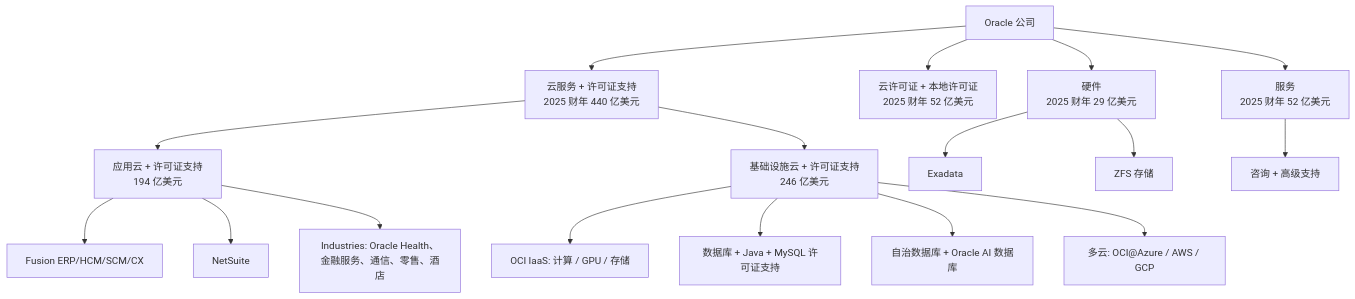
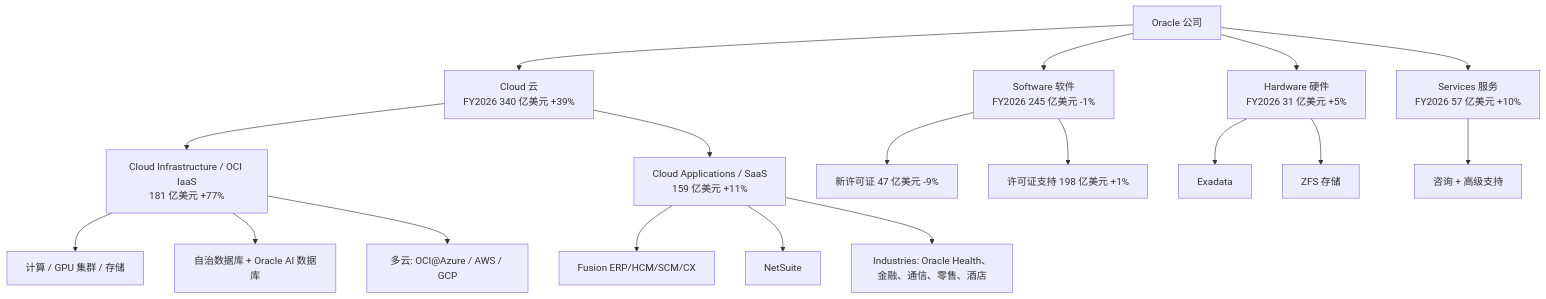
Before and after one commit to dadachundan/financial_agent: the second of 4 diagrams in reports/company/Oracle_NYSE_ORCL/Oracle_NYSE_ORCL_公司研究.md, drawn with Mermaid. The commit also changed other lines of this file, not shown here.

First line of the commit message:
feat(company-research): refresh Oracle (ORCL) — Q4 FY2026 actuals + decision layer

````diff
--- a/reports/company/Oracle_NYSE_ORCL/Oracle_NYSE_ORCL_公司研究.md
+++ b/reports/company/Oracle_NYSE_ORCL/Oracle_NYSE_ORCL_公司研究.md
@@ -157,20 +461,21 @@
 ```mermaid
 graph TD
     ORCL[Oracle 公司]
-    ORCL --> CLS[云服务 + 许可证支持<br/>2025 财年 440 亿美元]
-    ORCL --> CLO[云许可证 + 本地许可证<br/>2025 财年 52 亿美元]
-    ORCL --> HW[硬件<br/>2025 财年 29 亿美元]
-    ORCL --> SVC[服务<br/>2025 财年 52 亿美元]
-    CLS --> APP[应用云 + 许可证支持<br/>194 亿美元]
-    CLS --> INF[基础设施云 + 许可证支持<br/>246 亿美元]
-    APP --> FUS[Fusion ERP/HCM/SCM/CX]
-    APP --> NS[NetSuite]
-    APP --> IND[Industries: Oracle Health、金融服务、通信、零售、酒店]
-    INF --> OCI[OCI IaaS: 计算 / GPU / 存储]
-    INF --> LS[数据库 + Java + MySQL 许可证支持]
-    INF --> AUTO[自治数据库 + Oracle AI 数据库]
-    INF --> MC[多云: OCI@Azure / AWS / GCP]
+    ORCL --> CLOUD[Cloud 云<br/>FY2026 340 亿美元 +39%]
+    ORCL --> SW[Software 软件<br/>FY2026 245 亿美元 -1%]
+    ORCL --> HW[Hardware 硬件<br/>FY2026 31 亿美元 +5%]
+    ORCL --> SVC[Services 服务<br/>FY2026 57 亿美元 +10%]
+    CLOUD --> IAAS[Cloud Infrastructure / OCI IaaS<br/>181 亿美元 +77%]
+    CLOUD --> SAAS[Cloud Applications / SaaS<br/>159 亿美元 +11%]
+    IAAS --> GPU[计算 / GPU 集群 / 存储]
+    IAAS --> AUTO[自治数据库 + Oracle AI 数据库]
+    IAAS --> MC[多云: OCI@Azure / AWS / GCP]
+    SAAS --> FUS[Fusion ERP/HCM/SCM/CX]
+    SAAS --> NS[NetSuite]
+    SAAS --> IND[Industries: Oracle Health、金融、通信、零售、酒店]
+    SW --> LIC[新许可证 47 亿美元 -9%]
+    SW --> SUP[许可证支持 198 亿美元 +1%]
     HW --> EXA[Exadata]
     HW --> ZFS[ZFS 存储]
     SVC --> CON[咨询 + 高级支持]
 ```
````
